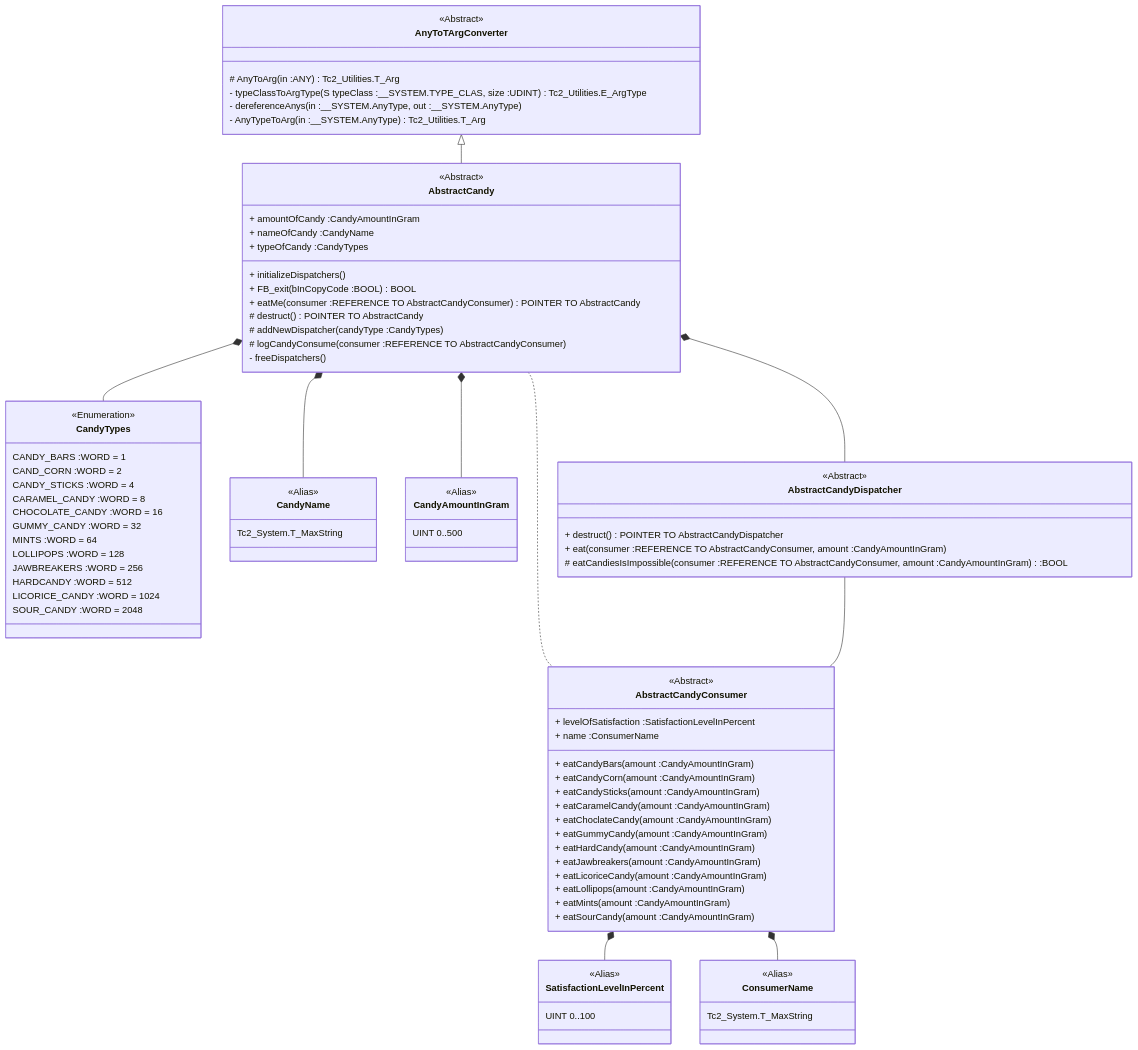
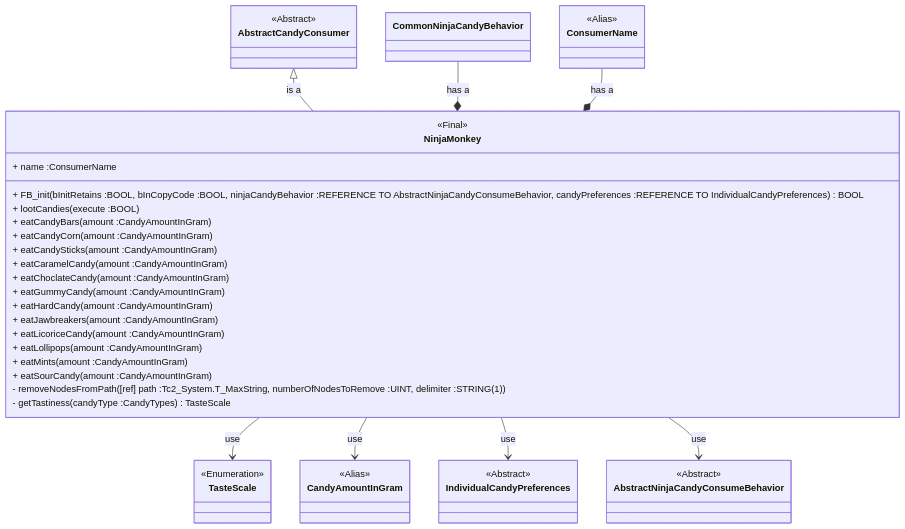
Diagram 11 of 25 in readme.md (NinjaMonkeyTutorials/candy-vending-machine), drawn with Mermaid before and after one commit. The commit also changed other lines of this file, not shown here.

````diff
--- a/readme.md
+++ b/readme.md
@@ -33,62 +328,18 @@
-```mermaid 
+```mermaid
 classDiagram
-    AnyToTArgConverter <|-- AbstractCandy
-    AbstractCandy *-- CandyTypes
-    AbstractCandy *-- CandyName
-    AbstractCandy *-- CandyAmountInGram
-    AbstractCandy *-- AbstractCandyDispatcher
-    AbstractCandyConsumer *-- SatisfactionLevelInPercent
-    AbstractCandyConsumer *-- ConsumerName
-    AbstractCandy .. AbstractCandyConsumer
-    AbstractCandyDispatcher -- AbstractCandyConsumer
-    class AnyToTArgConverter{
-        <<Abstract>>
-        # AnyToArg(in :ANY) Tc2_Utilities.T_Arg
-        - typeClassToArgType(S typeClass :__SYSTEM.TYPE_CLAS, size :UDINT) Tc2_Utilities.E_ArgType
-        - dereferenceAnys(in :__SYSTEM.AnyType, out :__SYSTEM.AnyType)
-        - AnyTypeToArg(in :__SYSTEM.AnyType) Tc2_Utilities.T_Arg
-    }
-    class AbstractCandy{
-        <<Abstract>>
-        + amountOfCandy :CandyAmountInGram
-        + nameOfCandy :CandyName
-        + typeOfCandy :CandyTypes
-        + initializeDispatchers()
-        + FB_exit(bInCopyCode :BOOL) BOOL
-        + eatMe(consumer :REFERENCE TO AbstractCandyConsumer) POINTER TO AbstractCandy
-        # destruct() POINTER TO AbstractCandy
-        # addNewDispatcher(candyType :CandyTypes) 
-        # logCandyConsume(consumer :REFERENCE TO AbstractCandyConsumer) 
-        - freeDispatchers()
+    AbstractCandyConsumer <|-- NinjaMonkey :is a
+    CommonNinjaCandyBehavior --* NinjaMonkey :has a
+    ConsumerName --* NinjaMonkey :has a
+    NinjaMonkey --> TasteScale :use
+    NinjaMonkey --> CandyAmountInGram :use
+    NinjaMonkey --> IndividualCandyPreferences :use
+    NinjaMonkey --> AbstractNinjaCandyConsumeBehavior :use
 
-    }
-    class CandyTypes{
-        <<Enumeration>>
-        CANDY_BARS :WORD = 1
-        CAND_CORN :WORD = 2
-        CANDY_STICKS :WORD = 4
-        CARAMEL_CANDY :WORD = 8
-        CHOCOLATE_CANDY :WORD = 16
-        GUMMY_CANDY :WORD = 32
-        MINTS :WORD = 64
-        LOLLIPOPS :WORD = 128
-        JAWBREAKERS :WORD = 256
-        HARDCANDY :WORD = 512
-        LICORICE_CANDY :WORD = 1024
-        SOUR_CANDY :WORD = 2048
-    }
-    class CandyName{
-        <<Alias>>
-        Tc2_System.T_MaxString
-    }
-    class CandyAmountInGram{
-        <<Alias>>
-        UINT 0..500
-    }
-    class AbstractCandyConsumer{
-        <<Abstract>>
-        + levelOfSatisfaction :SatisfactionLevelInPercent
+    class NinjaMonkey{
+        <<Final>>
         + name :ConsumerName
+        + FB_init(bInitRetains :BOOL, bInCopyCode :BOOL, ninjaCandyBehavior :REFERENCE TO AbstractNinjaCandyConsumeBehavior, candyPreferences :REFERENCE TO IndividualCandyPreferences) BOOL
+        + lootCandies(execute :BOOL)
         + eatCandyBars(amount :CandyAmountInGram)
         + eatCandyCorn(amount :CandyAmountInGram)
         + eatCandySticks(amount :CandyAmountInGram)
@@ -101,19 +352,26 @@
         + eatLollipops(amount :CandyAmountInGram)
         + eatMints(amount :CandyAmountInGram)
         + eatSourCandy(amount :CandyAmountInGram)
+        - removeNodesFromPath([ref] path :Tc2_System.T_MaxString, numberOfNodesToRemove :UINT, delimiter :STRING(1))
+        - getTastiness(candyType :CandyTypes) TasteScale
     }
+    class AbstractCandyConsumer{
+        <<Abstract>>
+    }
+    class AbstractNinjaCandyConsumeBehavior{
+        <<Abstract>>
+    }
+    class IndividualCandyPreferences{
+        <<Abstract>>
+    }
+    class CommonNinjaCandyBehavior
     class ConsumerName{
         <<Alias>>
-        Tc2_System.T_MaxString
     }
-    class SatisfactionLevelInPercent{
+    class TasteScale{
+        <<Enumeration>>
+    }
+    class CandyAmountInGram{
         <<Alias>>
-        UINT 0..100
     }
-    class AbstractCandyDispatcher{
-        <<Abstract>>
-        + destruct() POINTER TO AbstractCandyDispatcher
-        + eat(consumer :REFERENCE TO AbstractCandyConsumer, amount :CandyAmountInGram)
-        # eatCandiesIsImpossible(consumer :REFERENCE TO AbstractCandyConsumer, amount :CandyAmountInGram) :BOOL
-    }
- ```
+```
````
